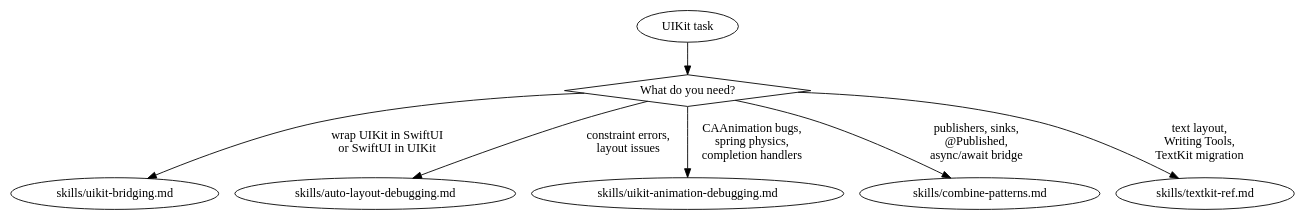
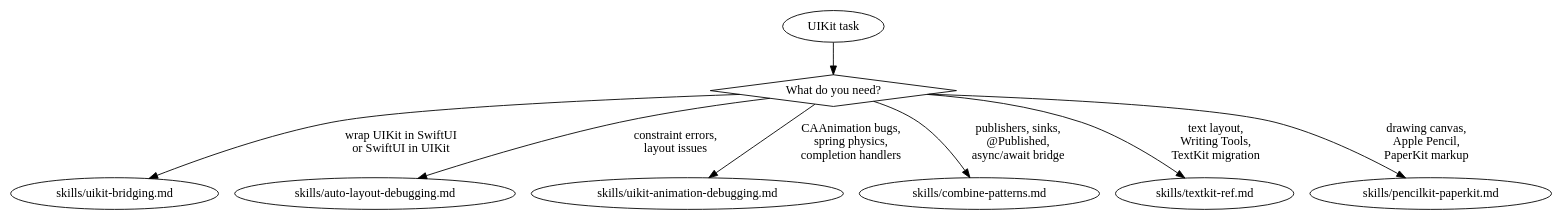
One commit to CharlesWiltgen/Axiom changed the diagram in .claude-plugin/plugins/axiom/skills/axiom-uikit/SKILL.md. Above: the diagram before and after it, drawn with Graphviz. The commit also changed other lines of this file and 29 other files, not shown here.

First line of the commit message:
feat(skills): add 6 framework-gap sub-skills — PencilKit/PaperKit, ScreenCaptureKit, AccessorySetupKit, WeatherKit, App Clips, CallKit

````diff
--- a/.claude-plugin/plugins/axiom/skills/axiom-uikit/SKILL.md
+++ b/.claude-plugin/plugins/axiom/skills/axiom-uikit/SKILL.md
@@ -33,13 +36,14 @@
 ```dot
 digraph uikit {
     start [label="UIKit task" shape=ellipse];
     what [label="What do you need?" shape=diamond];
 
     start -> what;
     what -> "skills/uikit-bridging.md" [label="wrap UIKit in SwiftUI\nor SwiftUI in UIKit"];
     what -> "skills/auto-layout-debugging.md" [label="constraint errors,\nlayout issues"];
     what -> "skills/uikit-animation-debugging.md" [label="CAAnimation bugs,\nspring physics,\ncompletion handlers"];
     what -> "skills/combine-patterns.md" [label="publishers, sinks,\n@Published,\nasync/await bridge"];
     what -> "skills/textkit-ref.md" [label="text layout,\nWriting Tools,\nTextKit migration"];
+    what -> "skills/pencilkit-paperkit.md" [label="drawing canvas,\nApple Pencil,\nPaperKit markup"];
 }
 ```
````
